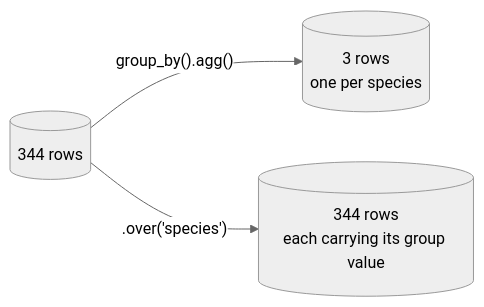
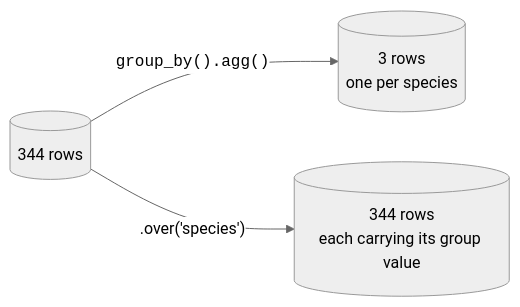
The diagram in content/courses/data-wrangling-python-polars/window-expressions.mdx (dataslope/dataslope), drawn with Mermaid (neutral theme) before and after one commit. The commit also changed 65 other files, not shown here.

First line of the commit message:
Set code in every mermaid label in the mono face

````diff
--- a/content/courses/data-wrangling-python-polars/window-expressions.mdx
+++ b/content/courses/data-wrangling-python-polars/window-expressions.mdx
@@ -50,5 +50,5 @@
 ```mermaid
 flowchart LR
-    A[("344 rows")] -->|"group_by().agg()"| B[("3 rows<br/>one per species")]
+    A[("344 rows")] -->|"<code>group_by().agg()</code>"| B[("3 rows<br/>one per species")]
     A -->|".over('species')"| C[("344 rows<br/>each carrying its group value")]
 ```
````
